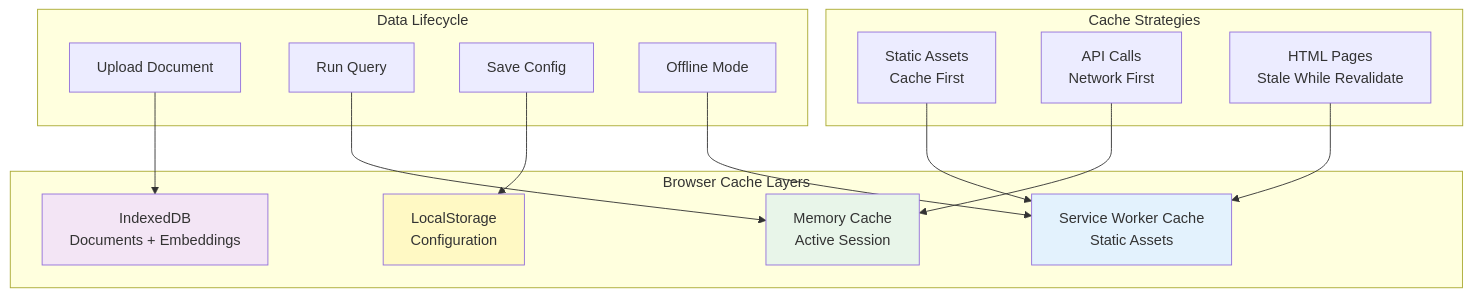
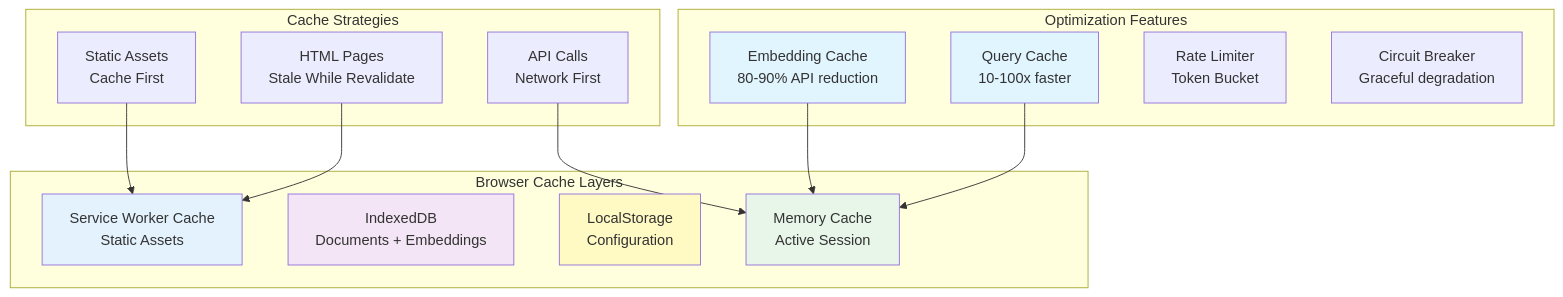
Before and after one commit to Kedhareswer/QuantumPDF_ChatApp_VectorDB: diagram 15 of 16 in docs/ARCHITECTURE_FLOWS.md, drawn with Mermaid. The commit also changed other lines of this file and 58 other files, not shown here.

````diff
--- a/docs/ARCHITECTURE_FLOWS.md
+++ b/docs/ARCHITECTURE_FLOWS.md
@@ -711,31 +820,36 @@
 ```mermaid
 graph TB
     subgraph "Browser Cache Layers"
         PWA[Service Worker Cache<br/>Static Assets]
         IDB[IndexedDB<br/>Documents + Embeddings]
         LOCAL[LocalStorage<br/>Configuration]
         MEM[Memory Cache<br/>Active Session]
     end
 
+    subgraph "Optimization Features"
+        EMBED_CACHE[Embedding Cache<br/>80-90% API reduction]
+        QUERY_CACHE[Query Cache<br/>10-100x faster]
+        RATE_LIMIT[Rate Limiter<br/>Token Bucket]
+        CIRCUIT[Circuit Breaker<br/>Graceful degradation]
+    end
+
     subgraph "Cache Strategies"
         STATIC[Static Assets<br/>Cache First]
         API[API Calls<br/>Network First]
         HTML[HTML Pages<br/>Stale While Revalidate]
     end
 
-    subgraph "Data Lifecycle"
-        UPLOAD[Upload Document] --> IDB
-        QUERY[Run Query] --> MEM
-        CONFIG[Save Config] --> LOCAL
-        OFFLINE[Offline Mode] --> PWA
-    end
-
     STATIC --> PWA
     API --> MEM
     HTML --> PWA
+    
+    EMBED_CACHE --> MEM
+    QUERY_CACHE --> MEM
 
     style PWA fill:#e3f2fd
     style IDB fill:#f3e5f5
     style LOCAL fill:#fff9c4
     style MEM fill:#e8f5e9
+    style EMBED_CACHE fill:#e1f5ff
+    style QUERY_CACHE fill:#e1f5ff
 ```
````
